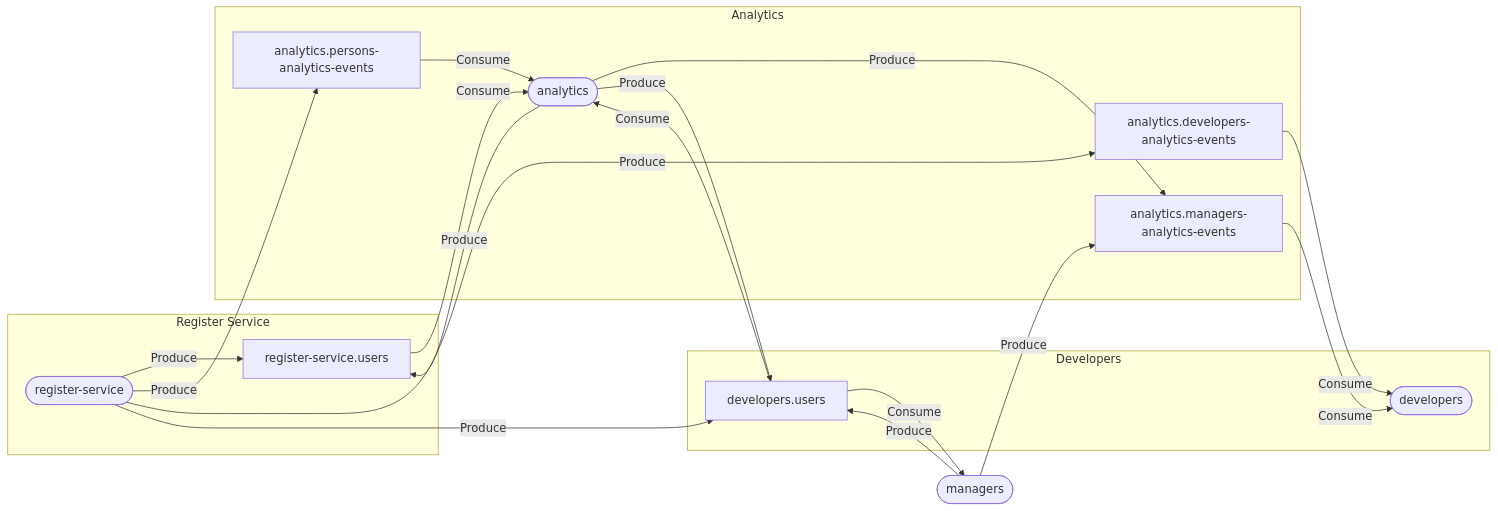
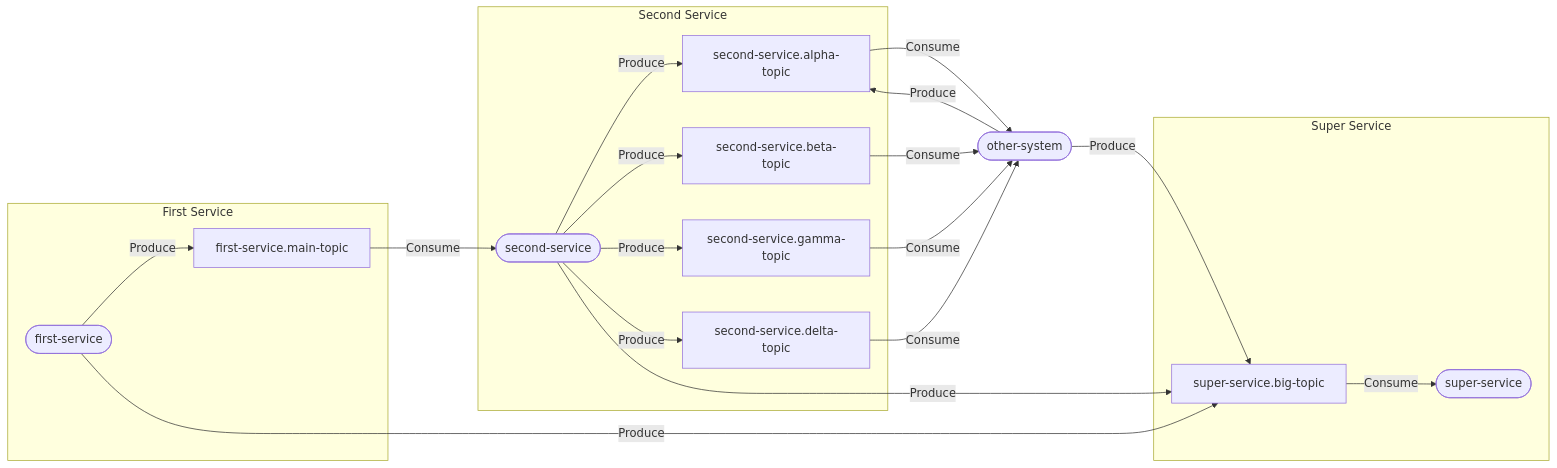
One commit to AntonRls/js-terraform-kafka-diagram changed the diagram in README.md. Above: the diagram before and after it, drawn with Mermaid. The commit also changed other lines of this file and 4 other files, not shown here.

````diff
--- a/README.md
+++ b/README.md
@@ -15,38 +72,39 @@
 ```mermaid
 flowchart LR
 
-	subgraph Register Service 
-		register-service([register-service])
-		register-service.users[register-service.users]
+	subgraph First Service 
+		first-service([first-service])
+		first-service.main-topic[first-service.main-topic]
 	end
 
-	subgraph Analytics 
-		analytics([analytics])
-		analytics.persons-analytics-events[analytics.persons-analytics-events]
-		analytics.developers-analytics-events[analytics.developers-analytics-events]
-		analytics.managers-analytics-events[analytics.managers-analytics-events]
+	subgraph Second Service 
+		second-service([second-service])
+		second-service.alpha-topic[second-service.alpha-topic]
+		second-service.beta-topic[second-service.beta-topic]
+		second-service.gamma-topic[second-service.gamma-topic]
+		second-service.delta-topic[second-service.delta-topic]
 	end
 
-managers([managers])
-
-	subgraph Developers 
-		developers([developers])
-		developers.users[developers.users]
+	subgraph Super Service 
+		super-service([super-service])
+		super-service.big-topic[super-service.big-topic]
 	end
 
-register-service -->|Produce| register-service.users
-analytics -->|Produce| register-service.users
-register-service.users -->|Consume| analytics
-analytics.persons-analytics-events -->|Consume| analytics
-register-service -->|Produce| analytics.persons-analytics-events
-analytics.developers-analytics-events -->|Consume| developers
-register-service -->|Produce| analytics.developers-analytics-events
-analytics.managers-analytics-events -->|Consume| developers
-managers -->|Produce| analytics.managers-analytics-events
-analytics -->|Produce| analytics.managers-analytics-events
-register-service -->|Produce| developers.users
-analytics -->|Produce| developers.users
-developers.users -->|Consume| analytics
-managers -->|Produce| developers.users
-developers.users -->|Consume| managers
+other-system([other-system])
+
+first-service -->|Produce| first-service.main-topic
+first-service.main-topic -->|Consume| second-service
+second-service -->|Produce| second-service.alpha-topic
+other-system -->|Produce| second-service.alpha-topic
+second-service.alpha-topic -->|Consume| other-system
+second-service -->|Produce| second-service.beta-topic
+second-service.beta-topic -->|Consume| other-system
+second-service -->|Produce| second-service.gamma-topic
+second-service.gamma-topic -->|Consume| other-system
+second-service -->|Produce| second-service.delta-topic
+second-service.delta-topic -->|Consume| other-system
+first-service -->|Produce| super-service.big-topic
+second-service -->|Produce| super-service.big-topic
+other-system -->|Produce| super-service.big-topic
+super-service.big-topic -->|Consume| super-service
 ```
````
